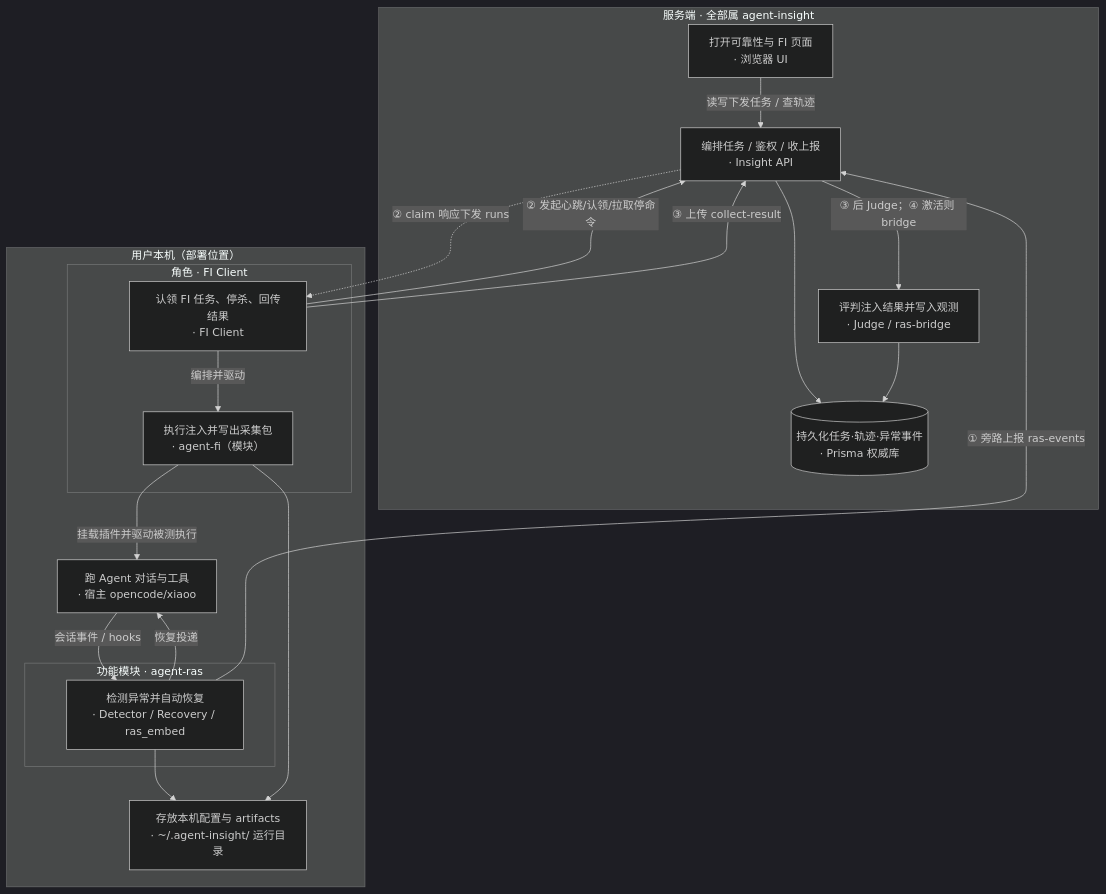
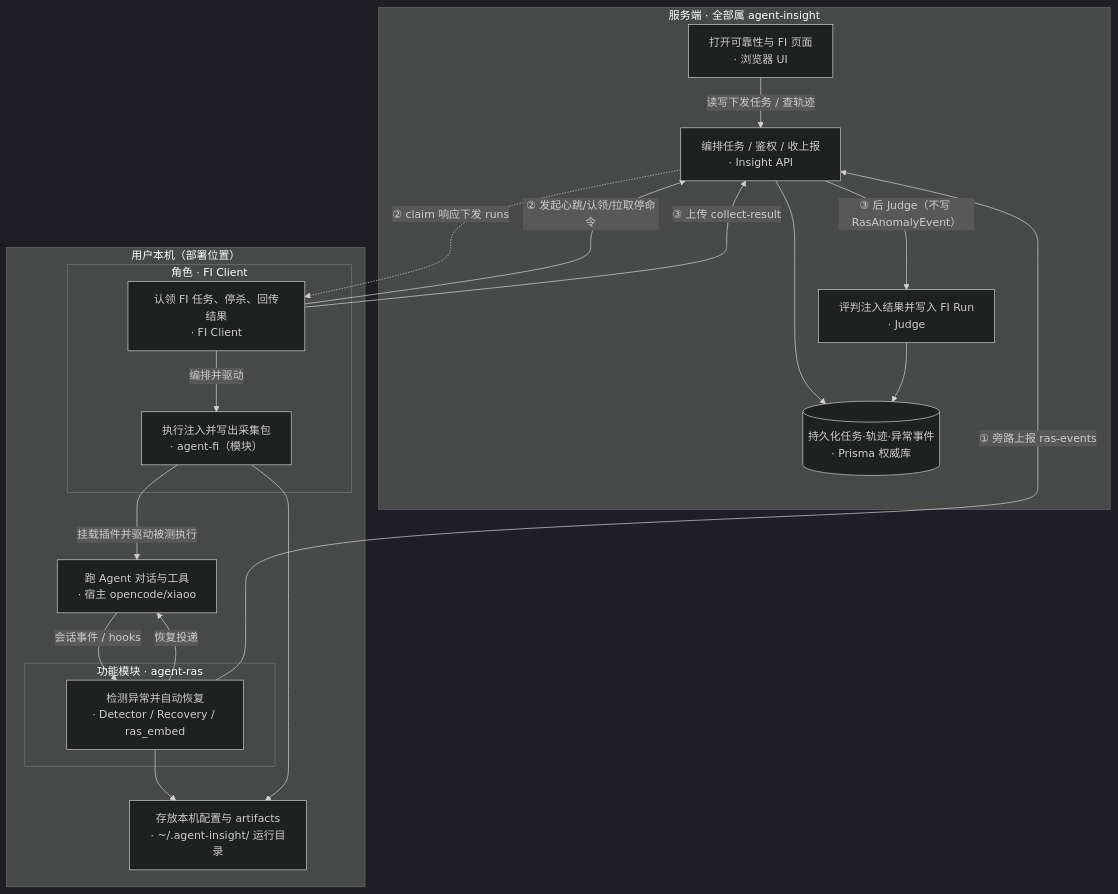
Before and after one commit to openeuler-mirror/agent-insight: the second of 8 diagrams in docs/agent-fault-injection/designs/ras-fi-insight-relationship.md, drawn with Mermaid (dark theme). The commit also changed other lines of this file and 200 other files, not shown here.

````diff
--- a/docs/agent-fault-injection/designs/ras-fi-insight-relationship.md
+++ b/docs/agent-fault-injection/designs/ras-fi-insight-relationship.md
@@ -74,34 +74,34 @@
 ```mermaid
 flowchart TB
   subgraph server ["服务端 · 全部属 agent-insight"]
     Browser["打开可靠性与 FI 页面<br/>· 浏览器 UI"]
     API["编排任务 / 鉴权 / 收上报<br/>· Insight API"]
     Prisma[("持久化任务·轨迹·异常事件<br/>· Prisma 权威库")]
-    Judge["评判注入结果并写入观测<br/>· Judge / ras-bridge"]
+    Judge["评判注入结果并写入 FI Run<br/>· Judge"]
   end
   subgraph client ["用户本机（部署位置）"]
     Host["跑 Agent 对话与工具<br/>· 宿主 opencode/xiaoo"]
     Local["存放本机配置与 artifacts<br/>· ~/.agent-insight/ 运行目录"]
     subgraph rasMod ["功能模块 · agent-ras"]
       RAS["检测异常并自动恢复<br/>· Detector / Recovery / ras_embed"]
     end
     subgraph fiMod ["角色 · FI Client"]
       FIC["认领 FI 任务、停杀、回传结果<br/>· FI Client"]
       FICLI["执行注入并写出采集包<br/>· agent-fi（模块）"]
     end
   end
   Browser -->|"读写下发任务 / 查轨迹"| API
   API --> Prisma
   Judge --> Prisma
   Host -->|"会话事件 / hooks"| RAS
   RAS -->|"恢复投递"| Host
   FIC -->|编排并驱动| FICLI
   FICLI -->|"挂载插件并驱动被测执行"| Host
   RAS --> Local
   FICLI --> Local
   RAS -->|"① 旁路上报 ras-events"| API
   FIC -->|"② 发起心跳/认领/拉取停命令"| API
   API -.->|"② claim 响应下发 runs"| FIC
   FIC -->|"③ 上传 collect-result"| API
-  API -->|"③ 后 Judge；④ 激活则 bridge"| Judge
+  API -->|"③ 后 Judge（不写 RasAnomalyEvent）"| Judge
 ```
````
